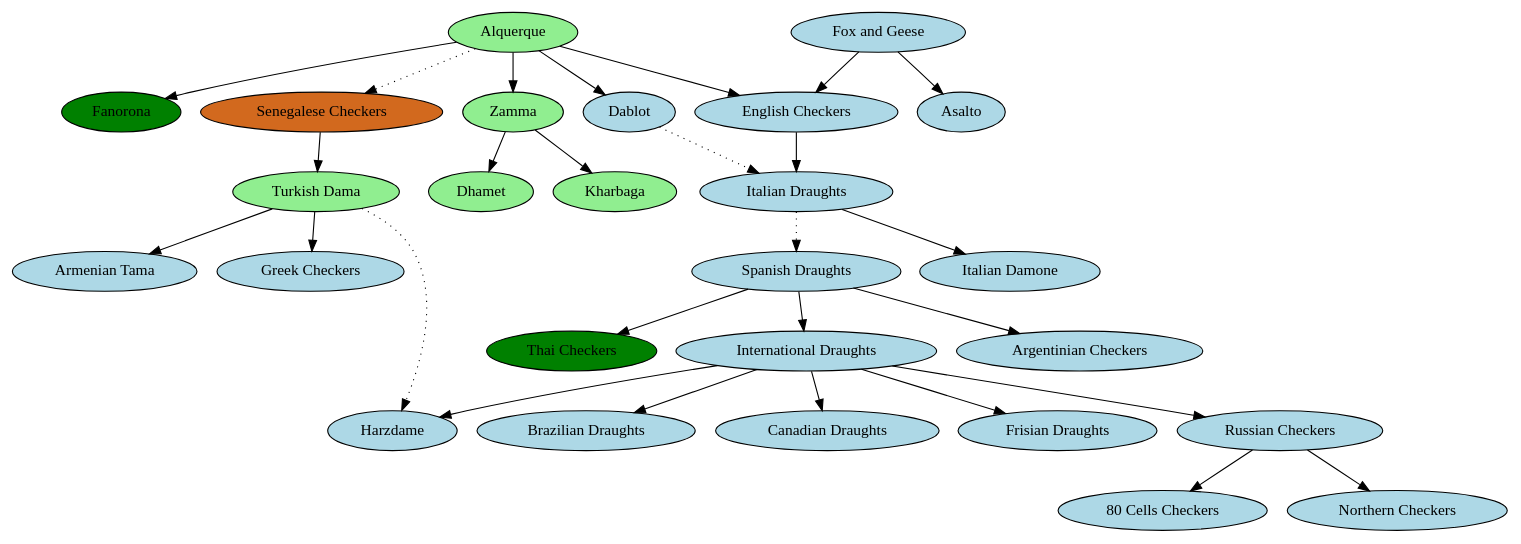
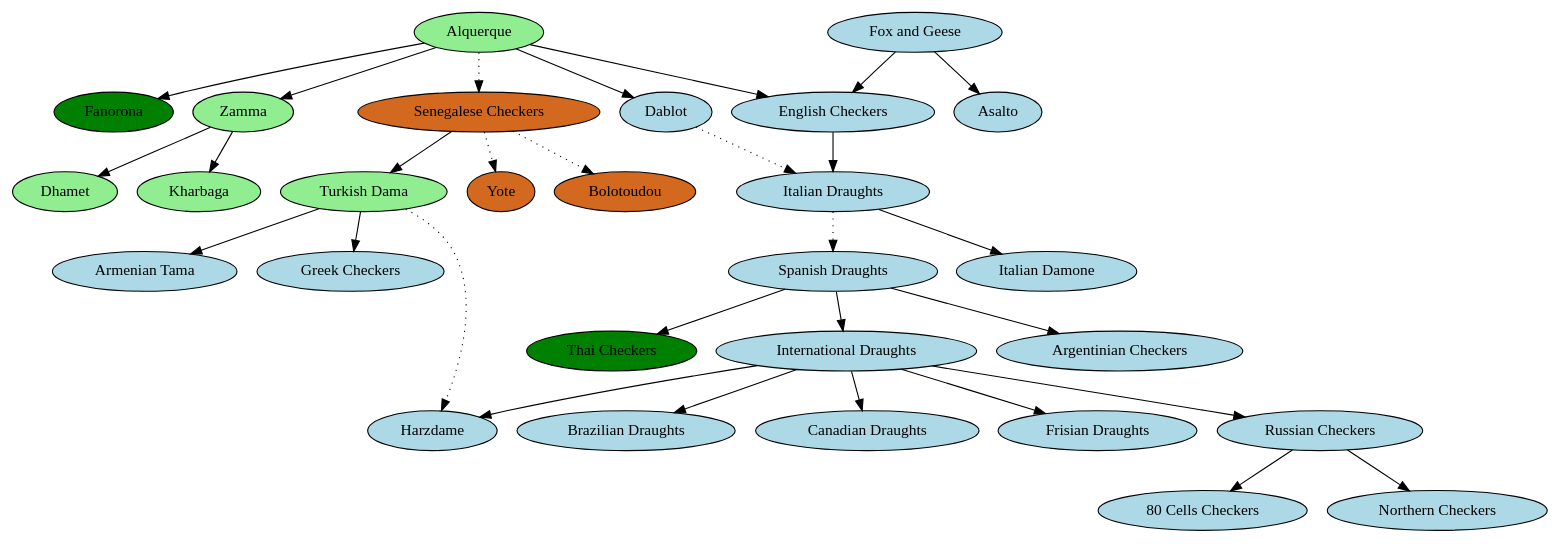
Before and after one commit to stepney141/GlukKazan.github.io: the diagram in checkers/checkers.gv, drawn with Graphviz. The commit also changed 1 other file, not shown here.

```diff
--- a/checkers/checkers.gv
+++ b/checkers/checkers.gv
@@ -1,57 +1,61 @@
 digraph checkers {
     "Alquerque"[style="filled",fillcolor="lightgreen"];
     "Zamma"[style="filled",fillcolor="lightgreen"];
     "Dhamet"[style="filled",fillcolor="lightgreen"];
     "Kharbaga"[style="filled",fillcolor="lightgreen"];
     "Dablot"[style="filled",fillcolor="lightblue"];
     "Fox and Geese"[style="filled",fillcolor="lightblue"];
     "Asalto"[style="filled",fillcolor="lightblue"];
     "Fanorona"[style="filled",fillcolor="green"];
 
     "Senegalese Checkers"[style="filled",fillcolor="chocolate"];
+    "Yote"[style="filled",fillcolor="chocolate"];
+    "Bolotoudou"[style="filled",fillcolor="chocolate"];
     "Turkish Dama"[style="filled",fillcolor="lightgreen"];
     "Armenian Tama"[style="filled",fillcolor="lightblue"];
     "Greek Checkers"[style="filled",fillcolor="lightblue"];
     "English Checkers"[style="filled",fillcolor="lightblue"];
     "Italian Draughts"[style="filled",fillcolor="lightblue"];
     "Italian Damone"[style="filled",fillcolor="lightblue"];
     "Spanish Draughts"[style="filled",fillcolor="lightblue"];
     "Argentinian Checkers"[style="filled",fillcolor="lightblue"];
     "Thai Checkers"[style="filled",fillcolor="green"];
     "International Draughts"[style="filled",fillcolor="lightblue"];
     "Russian Checkers"[style="filled",fillcolor="lightblue"];
     "80 Cells Checkers"[style="filled",fillcolor="lightblue"];
     "Northern Checkers"[style="filled",fillcolor="lightblue"];
     "Brazilian Draughts"[style="filled",fillcolor="lightblue"];
     "Canadian Draughts"[style="filled",fillcolor="lightblue"];
     "Harzdame"[style="filled",fillcolor="lightblue"];
     "Frisian Draughts"[style="filled",fillcolor="lightblue"];
 
     "Alquerque" -> "Zamma";
     "Alquerque" -> "Dablot";
     "Zamma" -> "Dhamet";
     "Zamma" -> "Kharbaga";
     "Alquerque" -> "English Checkers";
     "Alquerque" -> "Fanorona";
     "Fox and Geese" -> "English Checkers";
     "Fox and Geese" -> "Asalto";
     "Alquerque" -> "Senegalese Checkers"[style=dotted];
     "Senegalese Checkers" -> "Turkish Dama";
     "Turkish Dama" -> "Greek Checkers";
     "Turkish Dama" -> "Armenian Tama";
     "Dablot" -> "Italian Draughts"[style=dotted];
     "International Draughts" -> "Harzdame";
     "English Checkers" -> "Italian Draughts";
     "Italian Draughts" -> "Italian Damone";
     "Italian Draughts" -> "Spanish Draughts"[style=dotted];
     "Spanish Draughts" -> "International Draughts";
     "Spanish Draughts" -> "Argentinian Checkers";
     "Spanish Draughts" -> "Thai Checkers";
     "International Draughts" -> "Russian Checkers";
     "International Draughts" -> "Brazilian Draughts";
     "International Draughts" -> "Canadian Draughts";
     "Russian Checkers" -> "80 Cells Checkers";
     "Russian Checkers" -> "Northern Checkers";
     "International Draughts" -> "Frisian Draughts";
     "Turkish Dama" -> "Harzdame"[style=dotted];
+    "Senegalese Checkers" -> "Yote"[style=dotted];
+    "Senegalese Checkers" -> "Bolotoudou"[style=dotted];
 }
```
